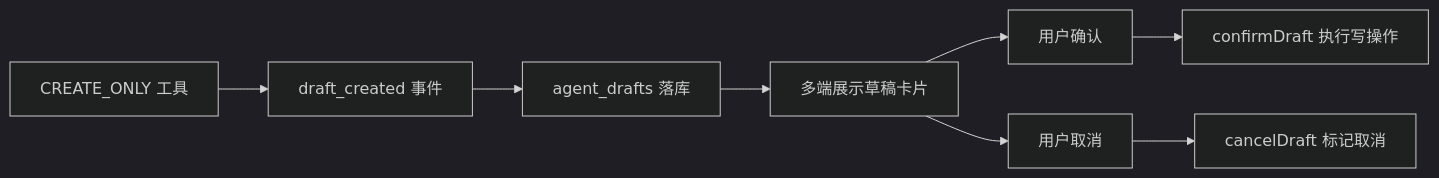
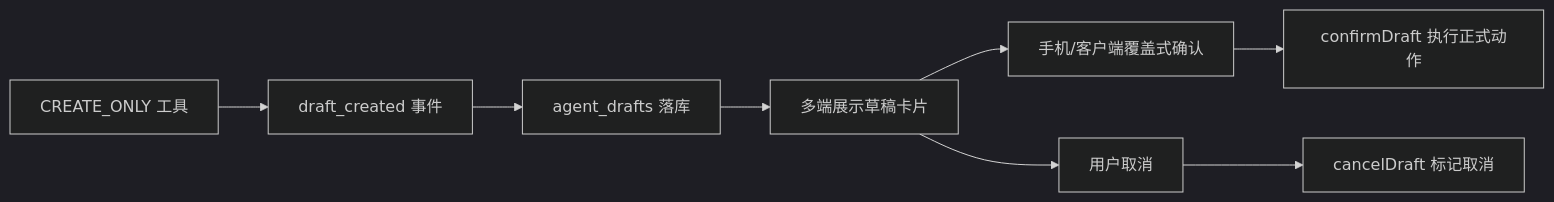
The second of 2 diagrams in docs/03_系统设计/Agent系统设计/草稿与确认设计.md (sxyq/mastergoods), drawn with Mermaid (dark theme) before and after one commit. The commit also changed other lines of this file and 12 other files, not shown here.

````diff
--- a/docs/03_系统设计/Agent系统设计/草稿与确认设计.md
+++ b/docs/03_系统设计/Agent系统设计/草稿与确认设计.md
@@ -41,10 +43,10 @@
 ```mermaid
 flowchart LR
     A[CREATE_ONLY 工具] --> B[draft_created 事件]
     B --> C[agent_drafts 落库]
     C --> D[多端展示草稿卡片]
-    D --> E[用户确认]
-    E --> F[confirmDraft 执行写操作]
+    D --> E[手机/客户端覆盖式确认]
+    E --> F[confirmDraft 执行正式动作]
     D --> G[用户取消]
     G --> H[cancelDraft 标记取消]
 ```
````
